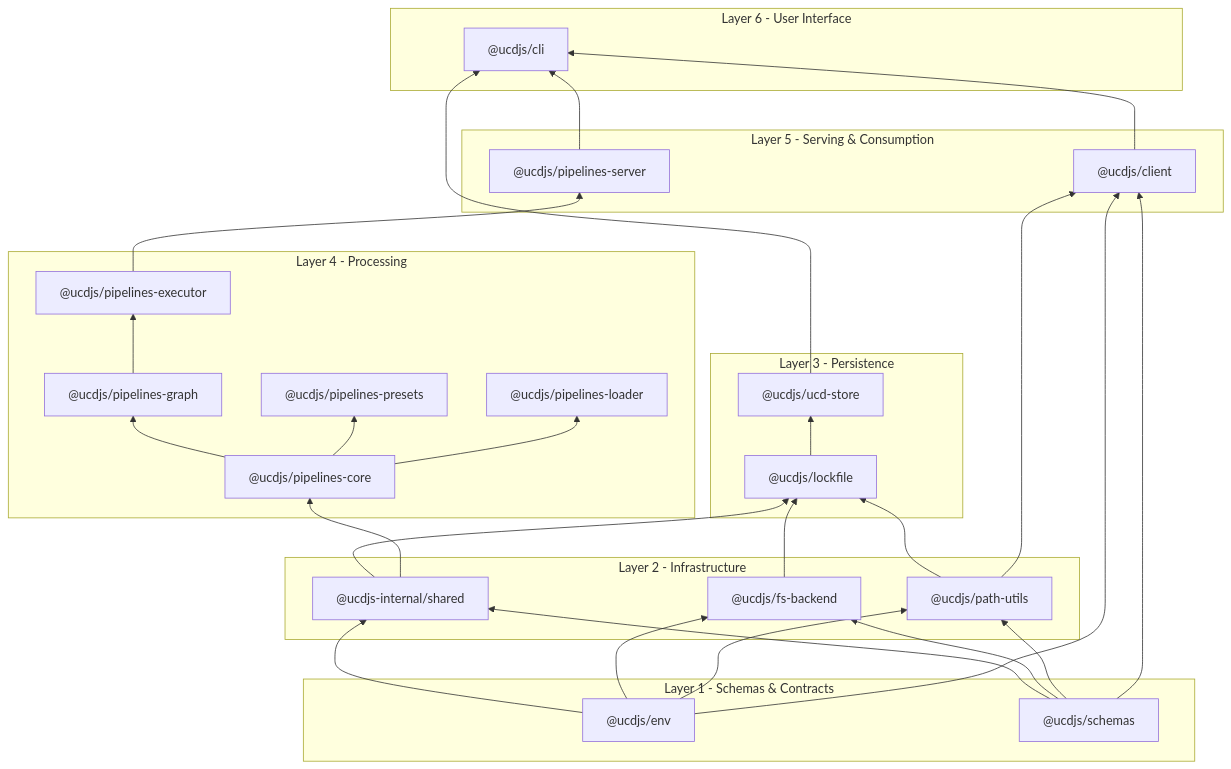
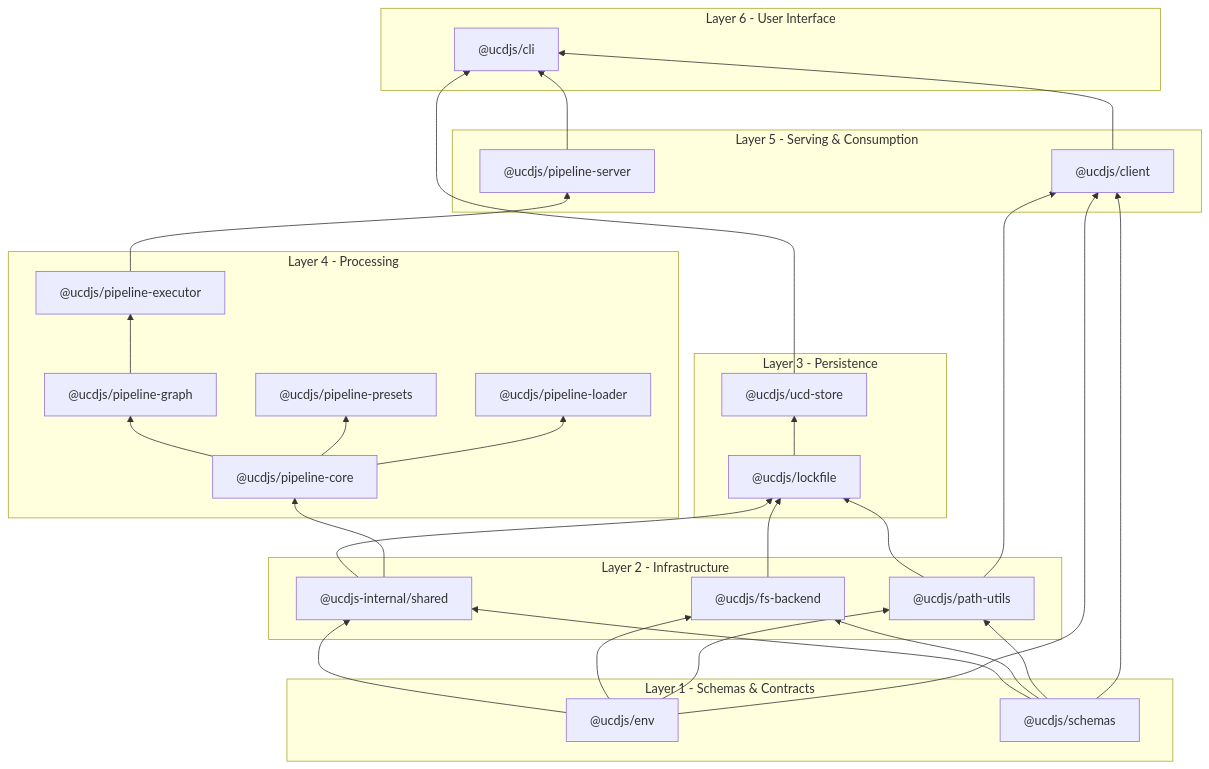
Before and after one commit to ucdjs/ucd: the first of 3 diagrams in apps/docs/content/contributing/development/architecture/package-layers.mdx, drawn with Mermaid. The commit also changed other lines of this file and 139 other files, not shown here.

First line of the commit message:
refactor(pipeline-server): rename packages for consistency

````diff
--- a/apps/docs/content/contributing/development/architecture/package-layers.mdx
+++ b/apps/docs/content/contributing/development/architecture/package-layers.mdx
@@ -10,47 +10,47 @@
 ```mermaid
 graph BT
   subgraph L1["Layer 1 - Schemas & Contracts"]
     ENV["@ucdjs/env"]
     SCH["@ucdjs/schemas"]
   end
 
   subgraph L2["Layer 2 - Infrastructure"]
     SH["@ucdjs-internal/shared"]
     FB["@ucdjs/fs-backend"]
     PU["@ucdjs/path-utils"]
   end
 
   subgraph L3["Layer 3 - Persistence"]
     LF["@ucdjs/lockfile"]
     US["@ucdjs/ucd-store"]
   end
 
   subgraph L4["Layer 4 - Processing"]
-    PC["@ucdjs/pipelines-core"]
-    PG["@ucdjs/pipelines-graph"]
-    PL["@ucdjs/pipelines-loader"]
-    PE["@ucdjs/pipelines-executor"]
-    PP["@ucdjs/pipelines-presets"]
+    PC["@ucdjs/pipeline-core"]
+    PG["@ucdjs/pipeline-graph"]
+    PL["@ucdjs/pipeline-loader"]
+    PE["@ucdjs/pipeline-executor"]
+    PP["@ucdjs/pipeline-presets"]
   end
 
   subgraph L5["Layer 5 - Serving & Consumption"]
     CL["@ucdjs/client"]
-    PS["@ucdjs/pipelines-server"]
+    PS["@ucdjs/pipeline-server"]
   end
 
   subgraph L6["Layer 6 - User Interface"]
     CLI["@ucdjs/cli"]
   end
 
   ENV & SCH --> SH & FB & PU
   SH & FB & PU --> LF
   LF --> US
   SH --> PC
   PC --> PG & PP
   PG --> PE
   PC --> PL
   PE --> PS
   ENV & PU & SCH --> CL
   US & CL --> CLI
   PS --> CLI
 ```
````
